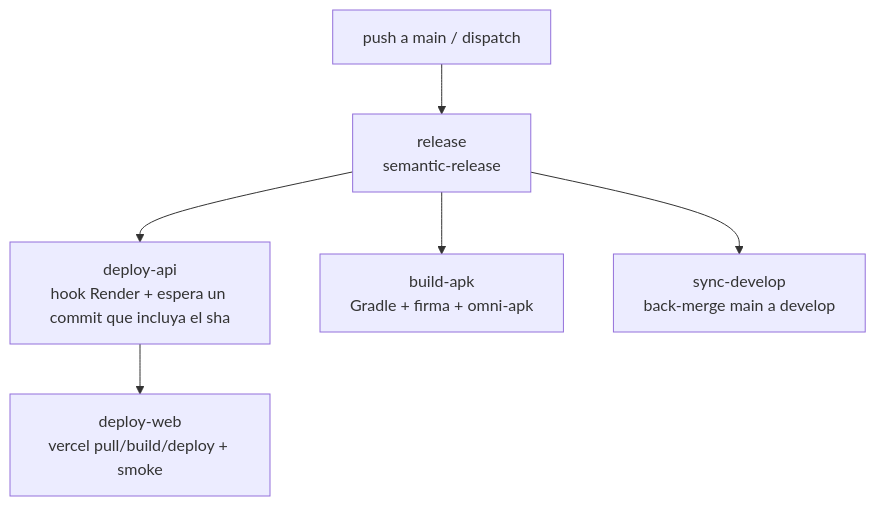
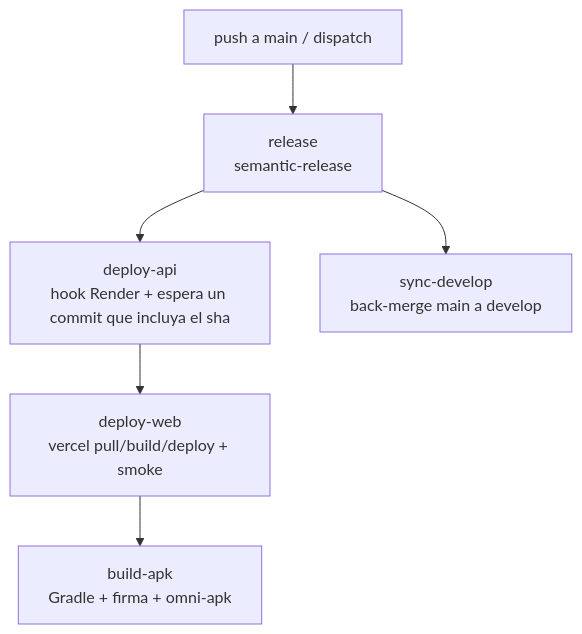
One commit to Leancoggiola/omni changed the second of 2 diagrams in docs/ops/deployment.md. Above: the diagram before and after it, drawn with Mermaid. The commit also changed 10 other files, not shown here.

````diff
--- a/docs/ops/deployment.md
+++ b/docs/ops/deployment.md
@@ -38,8 +38,8 @@
 ```mermaid
 flowchart TD
   T["push a main / dispatch"] --> REL["release<br/>semantic-release"]
   REL --> API["deploy-api<br/>hook Render + espera un commit que incluya el sha"]
   API --> WEB["deploy-web<br/>vercel pull/build/deploy + smoke"]
-  REL --> APK["build-apk<br/>Gradle + firma + omni-apk"]
+  WEB --> APK["build-apk<br/>Gradle + firma + omni-apk"]
   REL --> SYNC["sync-develop<br/>back-merge main a develop"]
 ```
````
